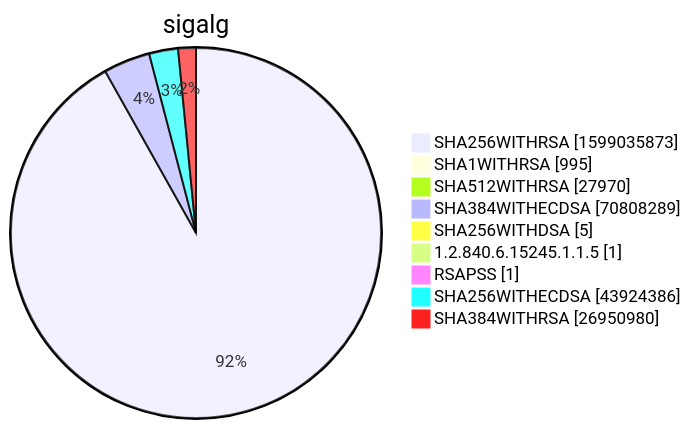
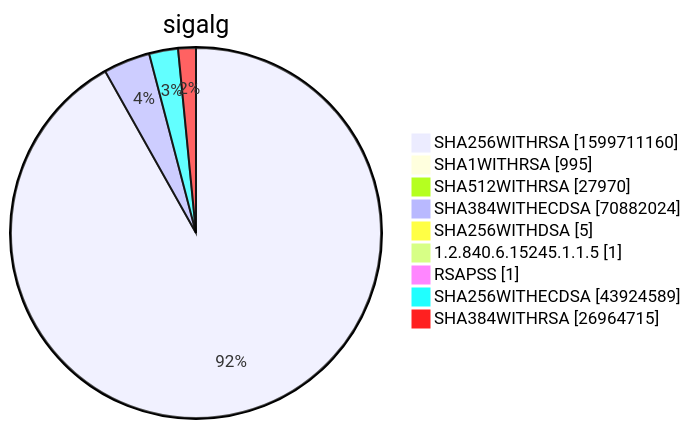
One commit to christiankrug/ctmonitor_visualization changed diagram 15 of 15 in xenon2022/README.md. Above: the diagram before and after it, drawn with Mermaid. The commit also changed other lines of this file, not shown here.

````diff
--- a/xenon2022/README.md
+++ b/xenon2022/README.md
@@ -5871,13 +5871,13 @@
 ```mermaid
 pie showData
 title sigalg
-"SHA256WITHRSA" :1599035873
+"SHA256WITHRSA" :1599711160
 "SHA1WITHRSA" :995
 "SHA512WITHRSA" :27970
-"SHA384WITHECDSA" :70808289
+"SHA384WITHECDSA" :70882024
 "SHA256WITHDSA" :5
 "1.2.840.6.15245.1.1.5" :1
 "RSAPSS" :1
-"SHA256WITHECDSA" :43924386
-"SHA384WITHRSA" :26950980
+"SHA256WITHECDSA" :43924589
+"SHA384WITHRSA" :26964715
 ```
````
